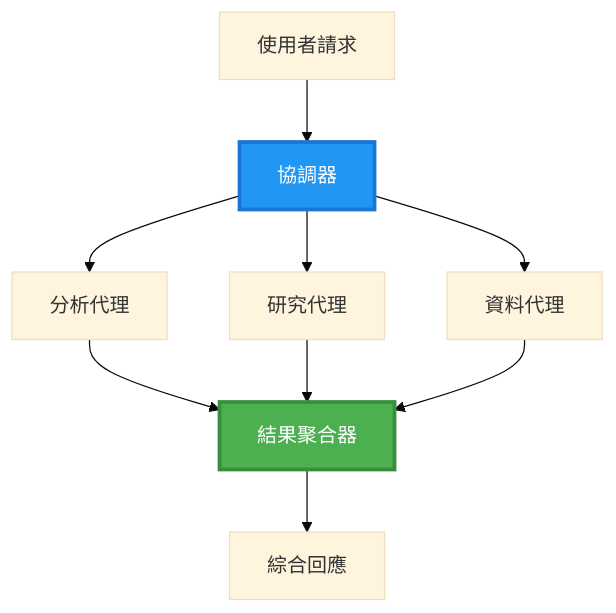
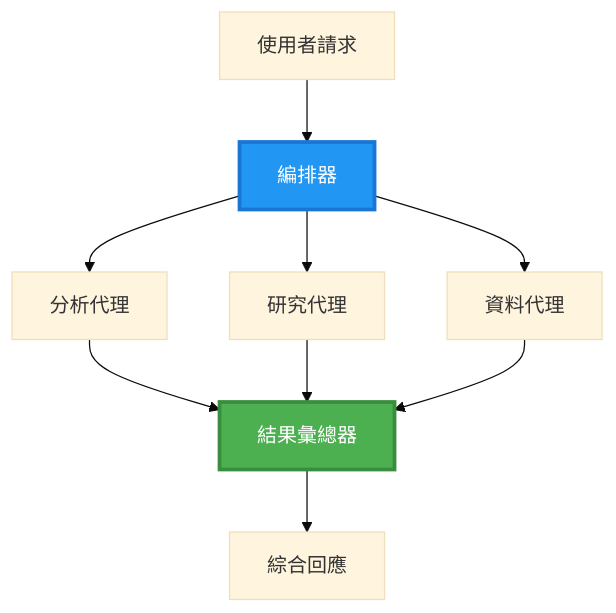
The second of 6 diagrams in translations/zh-MO/docs/chapter-06-pre-deployment/coordination-patterns.md (microsoft/AZD-for-beginners), drawn with Mermaid (base theme) before and after one commit. The commit also changed other lines of this file and 101 other files, not shown here.

````diff
--- a/translations/zh-MO/docs/chapter-06-pre-deployment/coordination-patterns.md
+++ b/translations/zh-MO/docs/chapter-06-pre-deployment/coordination-patterns.md
@@ -106,22 +100,22 @@
 ```mermaid
 graph TB
     User[使用者請求]
-    Orchestrator[協調器]
+    Orchestrator[編排器]
     Agent1[分析代理]
     Agent2[研究代理]
     Agent3[資料代理]
-    Aggregator[結果聚合器]
+    Aggregator[結果彙總器]
     Response[綜合回應]
     
     User --> Orchestrator
     Orchestrator --> Agent1
     Orchestrator --> Agent2
     Orchestrator --> Agent3
     Agent1 --> Aggregator
     Agent2 --> Aggregator
     Agent3 --> Aggregator
     Aggregator --> Response
     
     style Orchestrator fill:#2196F3,stroke:#1976D2,stroke-width:3px,color:#fff
     style Aggregator fill:#4CAF50,stroke:#388E3C,stroke-width:3px,color:#fff
 ```
````
